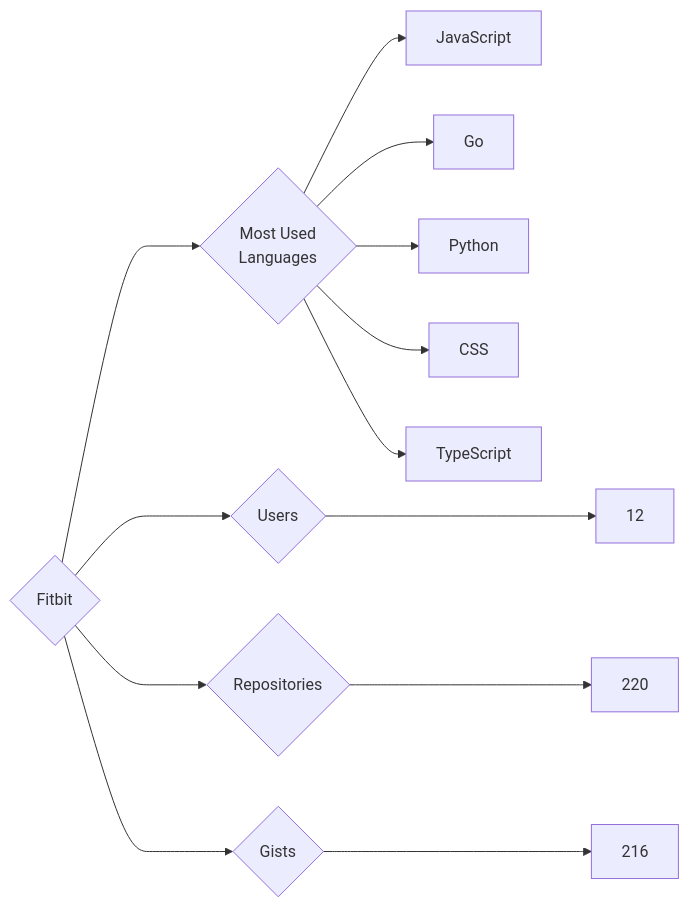
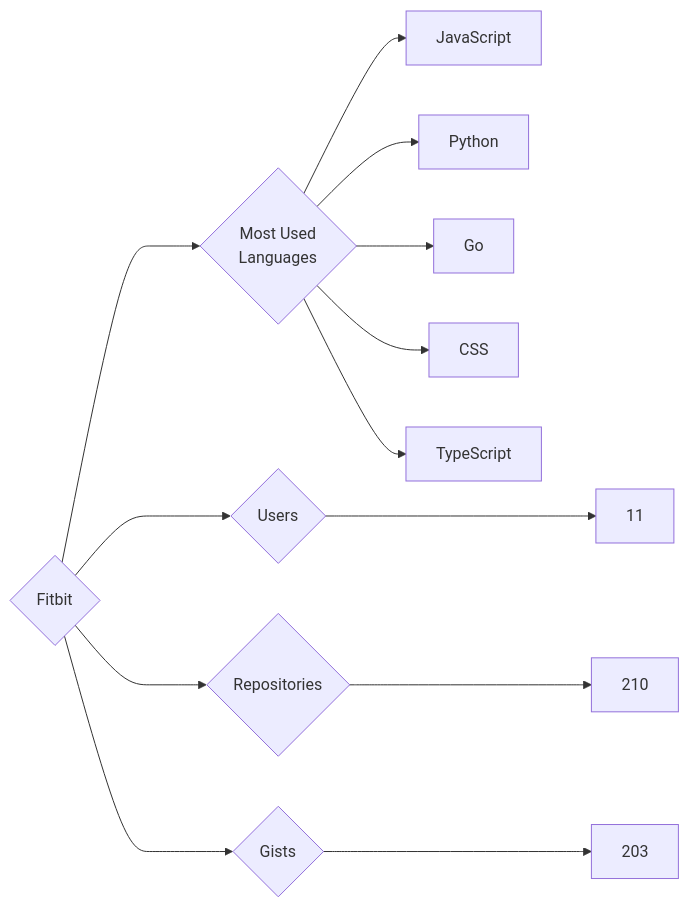
The diagram in targets/Fitbit/README.md (trickest/insiders), drawn with Mermaid before and after one commit. The commit also changed 930 other files, not shown here.

````diff
--- a/targets/Fitbit/README.md
+++ b/targets/Fitbit/README.md
@@ -3,13 +3,13 @@
 ```mermaid
 graph LR
 COMPANY_NAME{Fitbit}
-COMPANY_NAME ---> U{Users} ---> UN[12]
-COMPANY_NAME ---> R{Repositories} ---> RN[220]
-COMPANY_NAME ---> G{Gists} ---> GN[216]
+COMPANY_NAME ---> U{Users} ---> UN[11]
+COMPANY_NAME ---> R{Repositories} ---> RN[210]
+COMPANY_NAME ---> G{Gists} ---> GN[203]
 COMPANY_NAME ---> ML{Most Used<br>Languages}
 ML --> JavaScript[JavaScript]
+ML --> Python[Python]
 ML --> Go[Go]
-ML --> Python[Python]
 ML --> CSS[CSS]
 ML --> TypeScript[TypeScript]
 ```
````
